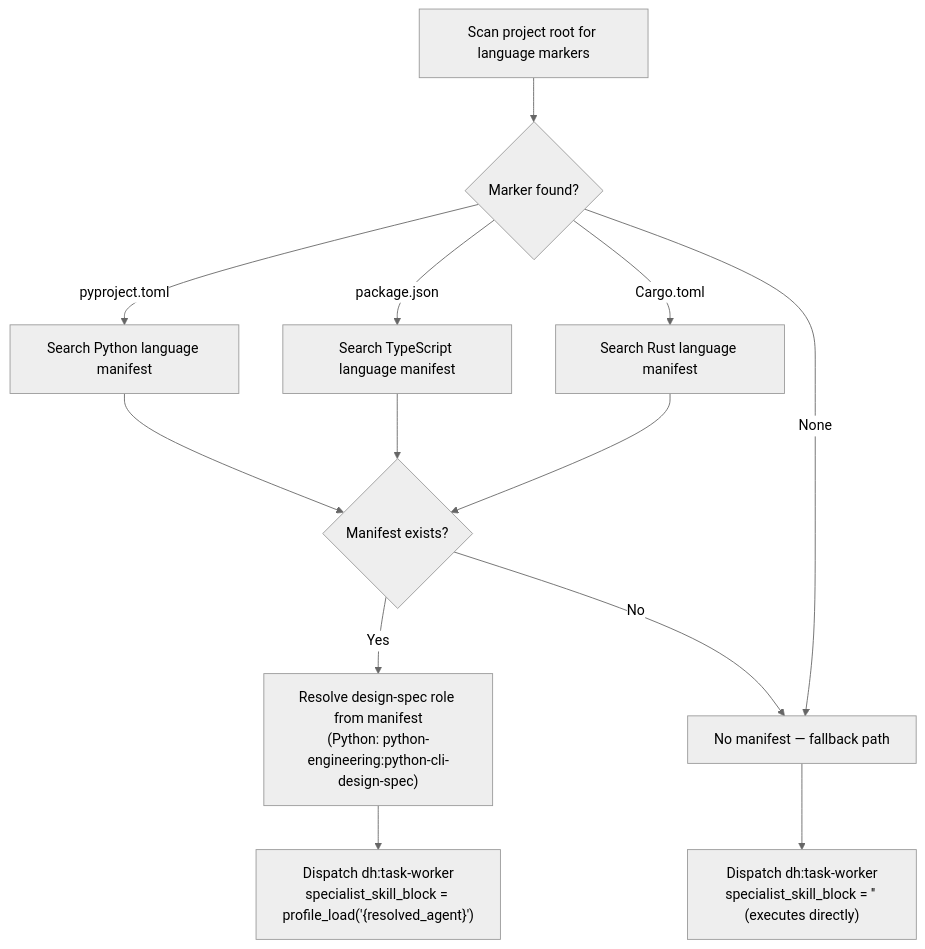
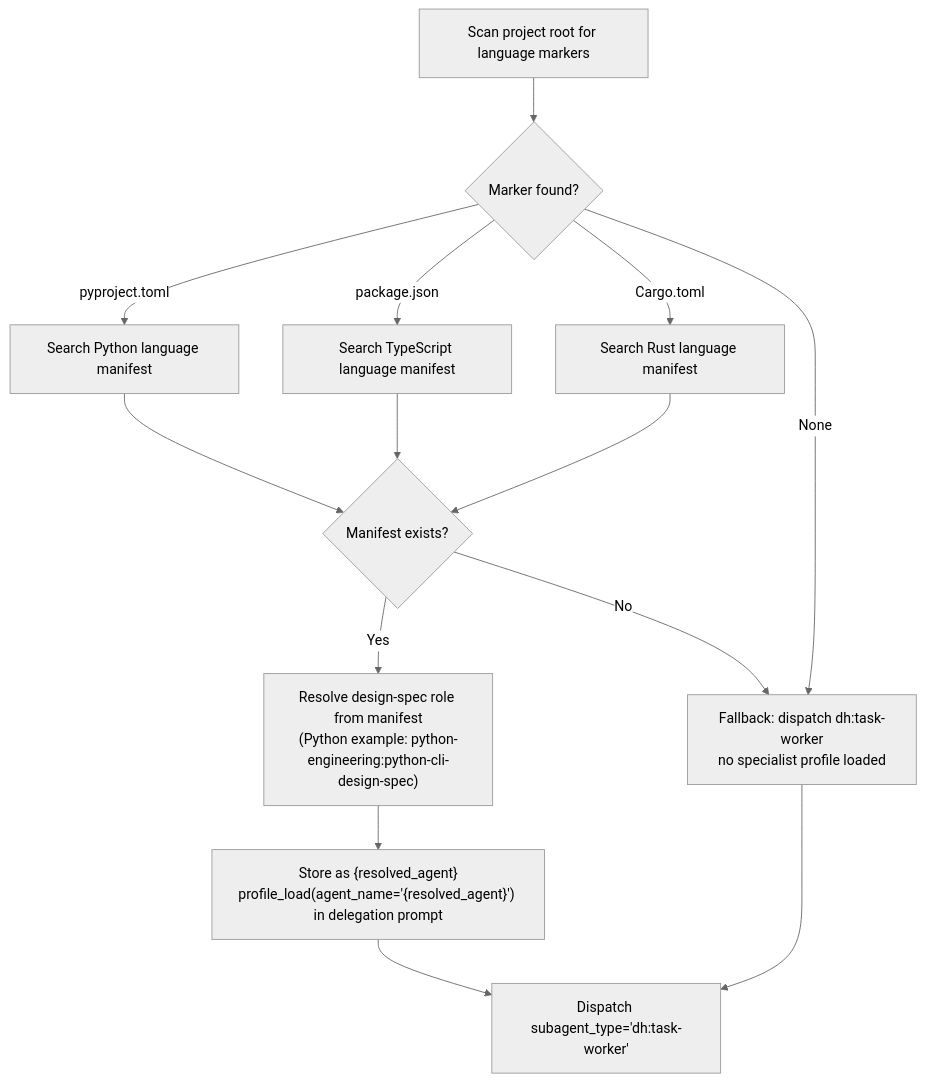
Before and after one commit to Jamie-BitFlight/claude_skills: the second of 3 diagrams in plugins/development-harness/skills/add-new-feature/SKILL.md, drawn with Mermaid (neutral theme). The commit also changed other lines of this file and 1 other file, not shown here.

Commit message:
fix(add-new-feature): restore Phase 3 Mermaid to 82aebe6 design
Restores the 4-node Mermaid structure (Resolve → Store → Delegate ← FB)
that was degraded in e59a6d0. The Store node makes the {resolved_agent}
capture explicit, both paths converge to a single Delegate node, and the
FB node label names dh:task-worker. Prose restored to name
mcp__plugin_dh_backlog__profile_load explicitly instead of the opaque
{specialist_skill_block} placeholder.

https://claude.ai/code/session_0166C2xQGc2pugYt4ZWL5Kpd

````diff
--- a/plugins/development-harness/skills/add-new-feature/SKILL.md
+++ b/plugins/development-harness/skills/add-new-feature/SKILL.md
@@ -217,15 +217,16 @@
 ```mermaid
 flowchart TD
     Scan[Scan project root for language markers] --> Found{Marker found?}
     Found -->|pyproject.toml| Py[Search Python language manifest]
     Found -->|package.json| TS[Search TypeScript language manifest]
     Found -->|Cargo.toml| Rust[Search Rust language manifest]
-    Found -->|None| FB["No manifest — fallback path"]
+    Found -->|None| FB["Fallback: dh:task-worker<br>(no specialist profile loaded)"]
     Py --> ManifestFound{Manifest exists?}
     TS --> ManifestFound
     Rust --> ManifestFound
-    ManifestFound -->|Yes| Resolve["Resolve design-spec role from manifest<br>(Python: python-engineering:python-cli-design-spec)"]
-    ManifestFound -->|No| FB
-    Resolve --> Delegate["Dispatch dh:task-worker<br>specialist_skill_block = profile_load('{resolved_agent}')"]
-    FB --> FBDelegate["Dispatch dh:task-worker<br>specialist_skill_block = '' (executes directly)"]
+    ManifestFound -->|Yes| Resolve["Resolve design-spec role from manifest<br>(Python example: python-engineering:python-cli-design-spec)"]
+    ManifestFound -->|No| FB["Fallback: dispatch dh:task-worker<br>no specialist profile loaded"]
+    Resolve --> Store["Store as {resolved_agent}<br>profile_load(agent_name='{resolved_agent}') in delegation prompt"]
+    Store --> Delegate["Dispatch subagent_type='dh:task-worker'"]
+    FB --> Delegate
 ```
````
